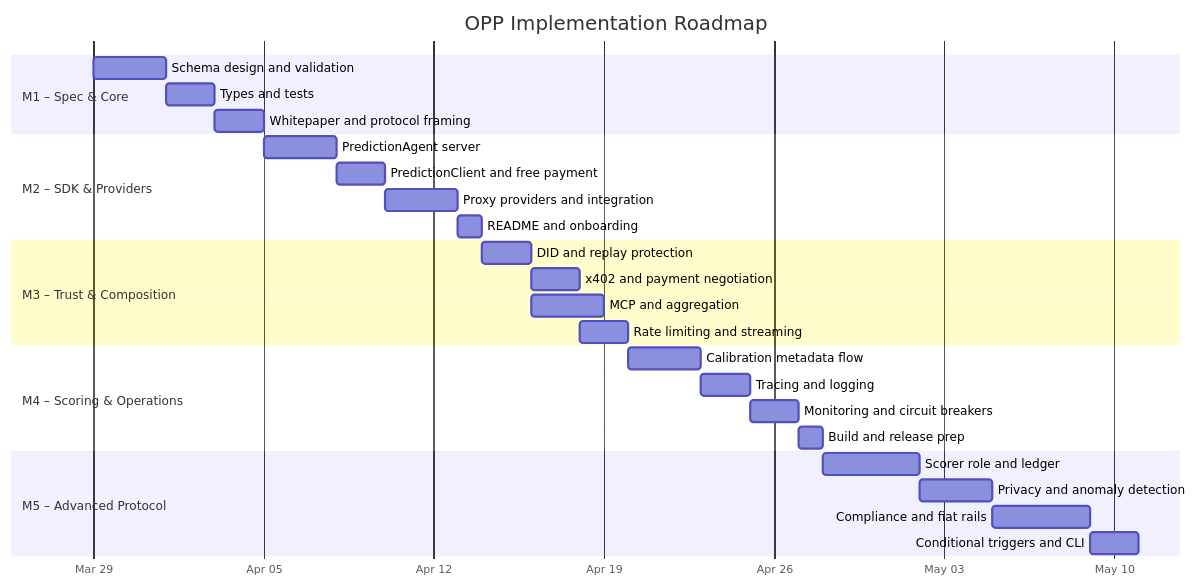
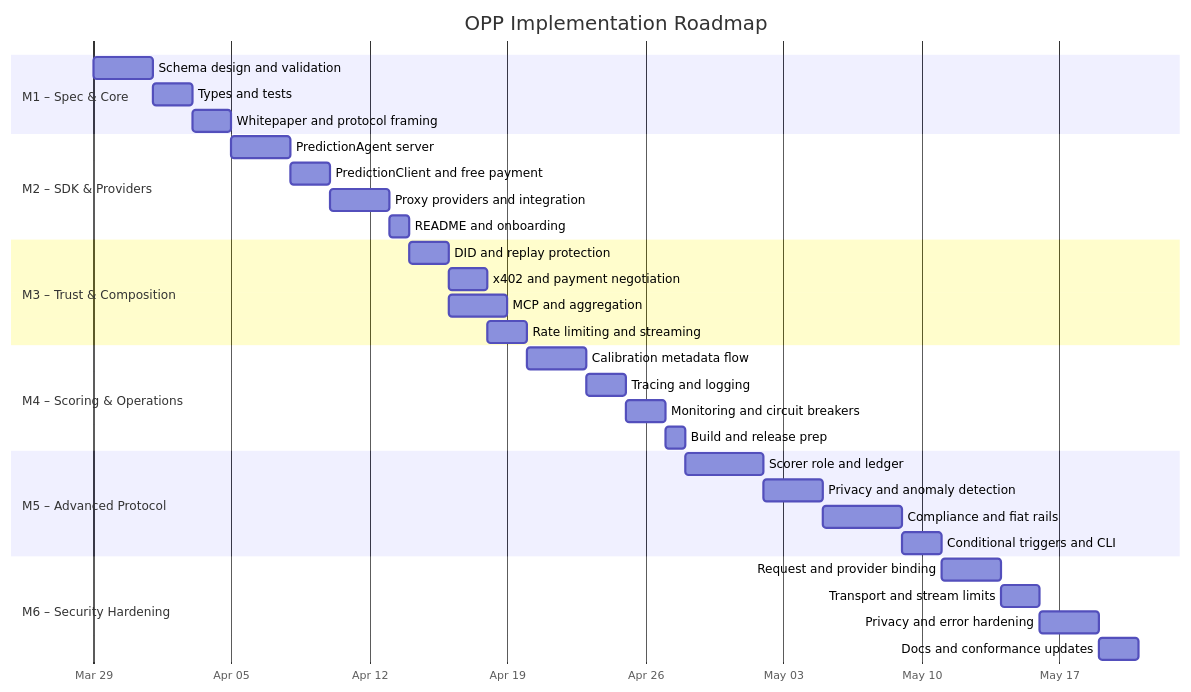
Before and after one commit to mocking-mike/Open-Prediction-Protocol: the diagram in roadmap.md, drawn with Mermaid. The commit also changed other lines of this file and 39 other files, not shown here.

First line of the commit message:
Harden trust-paths, privacy, and transport limits

````diff
--- a/roadmap.md
+++ b/roadmap.md
@@ -154,35 +179,41 @@
 ```mermaid
 gantt
     title OPP Implementation Roadmap
     dateFormat YYYY-MM-DD
     axisFormat %b %d
 
     section M1 – Spec & Core
     Schema design and validation      :m1a, 2026-03-29, 3d
     Types and tests                   :m1b, after m1a, 2d
     Whitepaper and protocol framing   :m1c, after m1b, 2d
 
     section M2 – SDK & Providers
     PredictionAgent server            :m2a, after m1c, 3d
     PredictionClient and free payment :m2b, after m2a, 2d
     Proxy providers and integration   :m2c, after m2b, 3d
     README and onboarding             :m2d, after m2c, 1d
 
     section M3 – Trust & Composition
     DID and replay protection         :m3a, after m2d, 2d
     x402 and payment negotiation      :m3b, after m3a, 2d
     MCP and aggregation               :m3c, after m3a, 3d
     Rate limiting and streaming       :m3d, after m3b, 2d
 
     section M4 – Scoring & Operations
     Calibration metadata flow         :m4a, after m3d, 3d
     Tracing and logging               :m4b, after m4a, 2d
     Monitoring and circuit breakers   :m4c, after m4b, 2d
     Build and release prep            :m4d, after m4c, 1d
 
     section M5 – Advanced Protocol
     Scorer role and ledger            :m5a, after m4d, 4d
     Privacy and anomaly detection     :m5b, after m5a, 3d
     Compliance and fiat rails         :m5c, after m5b, 4d
     Conditional triggers and CLI      :m5d, after m5c, 2d
+
+    section M6 – Security Hardening
+    Request and provider binding      :m6a, after m5d, 3d
+    Transport and stream limits       :m6b, after m6a, 2d
+    Privacy and error hardening       :m6c, after m6b, 3d
+    Docs and conformance updates      :m6d, after m6c, 2d
 ```
````
